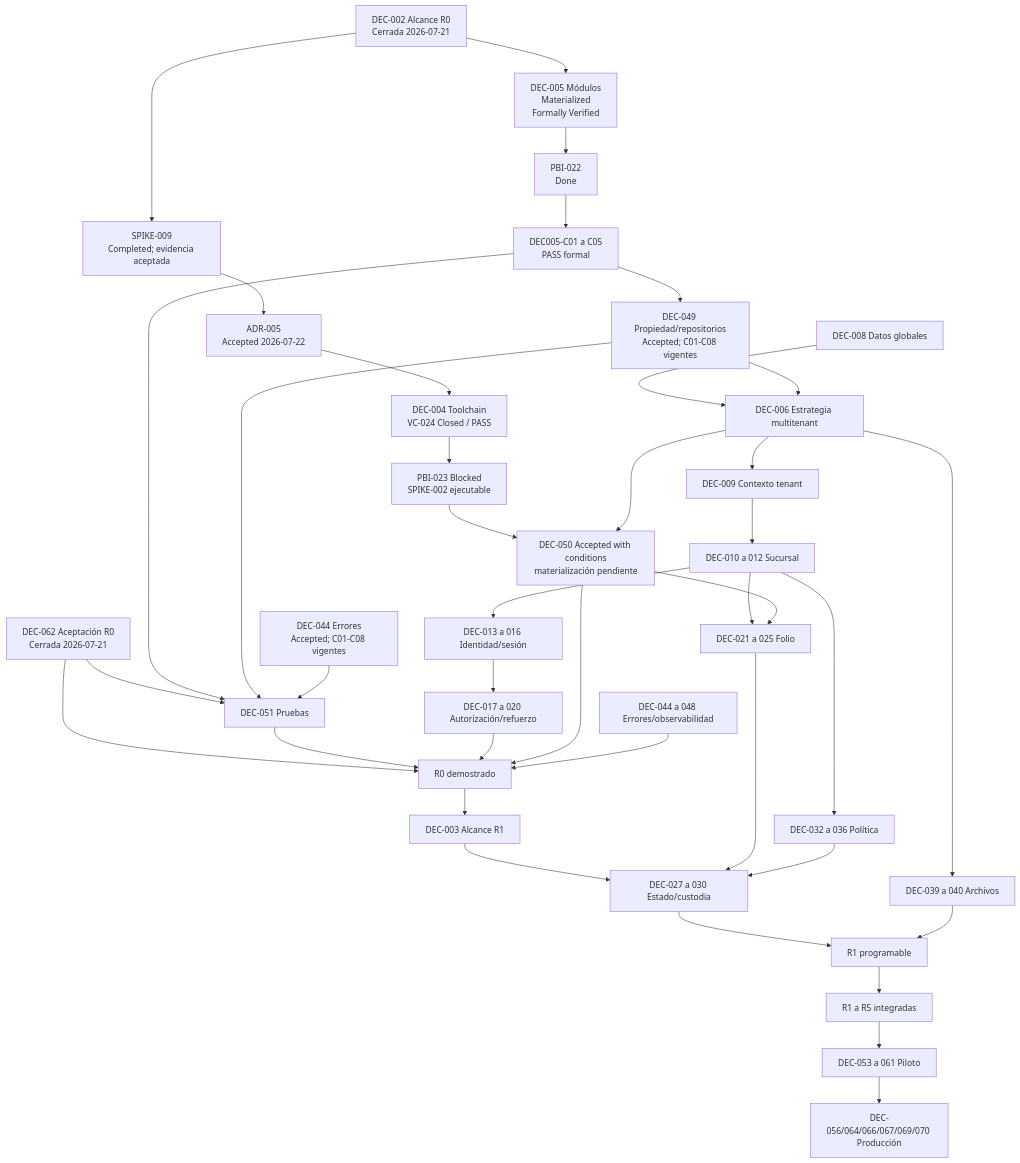
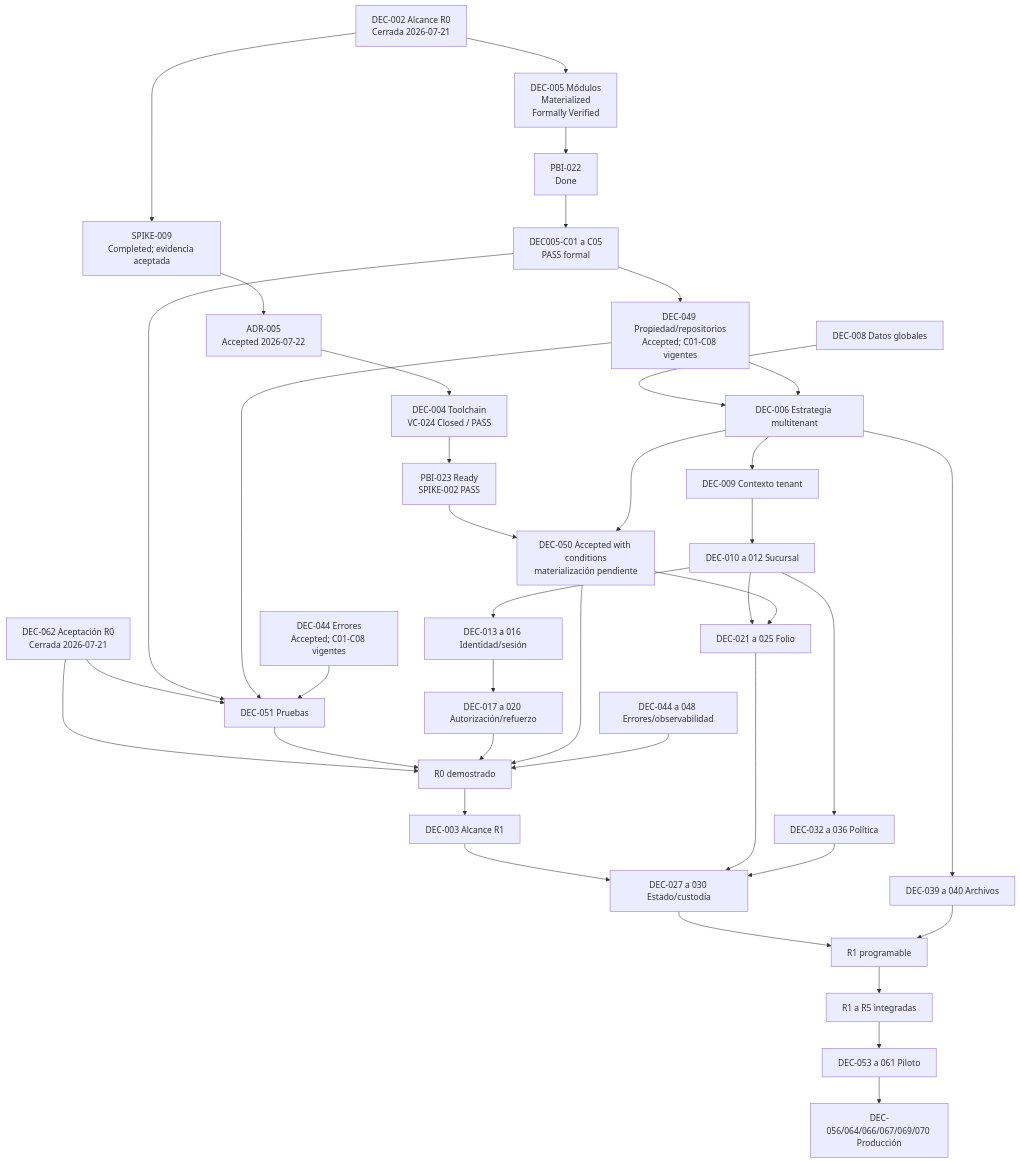
One commit to luisgtzaviles/SrTaller-2.0 changed the diagram in docs/architecture-readiness/blocker-closure/DEPENDENCIAS_ENTRE_DECISIONES.md. Above: the diagram before and after it, drawn with Mermaid. The commit also changed other lines of this file and 41 other files, not shown here.

````diff
--- a/docs/architecture-readiness/blocker-closure/DEPENDENCIAS_ENTRE_DECISIONES.md
+++ b/docs/architecture-readiness/blocker-closure/DEPENDENCIAS_ENTRE_DECISIONES.md
@@ -5,45 +5,45 @@
 ```mermaid
 flowchart TD
     SCOPE[DEC-002 Alcance R0<br/>Cerrada 2026-07-21] --> SPIKE9[SPIKE-009<br/>Completed; evidencia aceptada]
     SPIKE9 --> ADR5[ADR-005<br/>Accepted 2026-07-22]
     ADR5 --> STACK[DEC-004 Toolchain<br/>VC-024 Closed / PASS]
     SCOPE --> MODULES[DEC-005 Módulos<br/>Materialized<br/>Formally Verified]
     MODULES --> PBI22[PBI-022<br/>Done]
     PBI22 --> D5E[DEC005-C01 a C05<br/>PASS formal]
     ACCEPT[DEC-062 Aceptación R0<br/>Cerrada 2026-07-21] --> TEST[DEC-051 Accepted<br/>C01/C07/C09 Satisfied]
     ACCEPT --> R0
-    STACK --> PBI23[PBI-023 Blocked<br/>SPIKE-002 ejecutable]
+    STACK --> PBI23[PBI-023 Ready<br/>SPIKE-002 PASS]
     PBI23 --> DATA[DEC-050 Accepted with conditions<br/>materialización pendiente]
     D5E --> OWN[DEC-049 Propiedad/repositorios<br/>Accepted; C01-C08 vigentes]
     D5E --> TEST
     OWN --> TEST
     ERR[DEC-044 Errores<br/>Accepted; C01-C08 vigentes] --> TEST
 
     GLOBAL[DEC-008 Datos globales] --> MT[DEC-006 Estrategia multitenant]
     OWN --> MT
     MT --> TC[DEC-009 Contexto tenant]
     TC --> BR[DEC-010 a 012 Sucursal]
     BR --> ID[DEC-013 a 016 Identidad/sesión]
     ID --> AUTH[DEC-017 a 020 Autorización/refuerzo]
     MT --> DATA
 
     TEST[DEC-051 Pruebas] --> R0[R0 demostrado]
     AUTH --> R0
     DATA --> R0
     OBS[DEC-044 a 048 Errores/observabilidad] --> R0
 
     R0 --> R1S[DEC-003 Alcance R1]
     BR --> FOLIO[DEC-021 a 025 Folio]
     DATA --> FOLIO
     R1S --> CUST[DEC-027 a 030 Estado/custodia]
     FOLIO --> CUST
     BR --> POLICY[DEC-032 a 036 Política]
     POLICY --> CUST
     MT --> FILES[DEC-039 a 040 Archivos]
     CUST --> R1[R1 programable]
     FILES --> R1
 
     R1 --> MVP[R1 a R5 integradas]
     MVP --> PILOT[DEC-053 a 061 Piloto]
     PILOT --> PROD[DEC-056/064/066/067/069/070 Producción]
 ```
````
